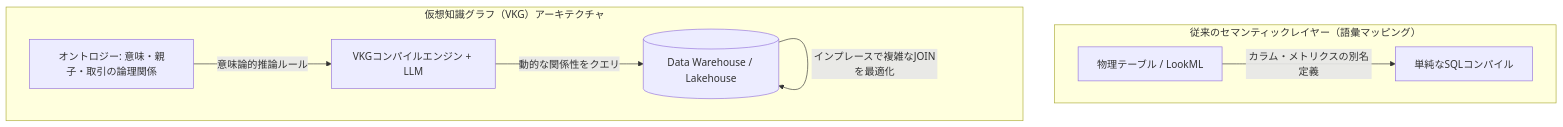
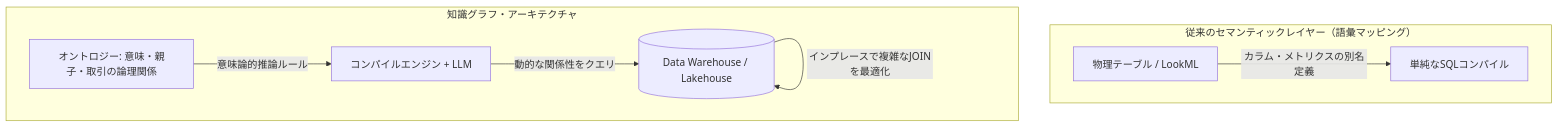
One commit to yohei1126/zenn changed the diagram in articles/2026-05-30-vkg-strategy2.md. Above: the diagram before and after it, drawn with Mermaid. The commit also changed other lines of this file, not shown here.

Commit message:
docs: replace general VKG terminology with Knowledge Graph as requested

````diff
--- a/articles/2026-05-30-vkg-strategy2.md
+++ b/articles/2026-05-30-vkg-strategy2.md
@@ -106,12 +106,12 @@
 ```mermaid
 graph TD
     subgraph 従来のセマンティックレイヤー ["従来のセマンティックレイヤー（語彙マッピング）"]
         V["物理テーブル / LookML"] -->|カラム・メトリクスの別名定義| SQL["単純なSQLコンパイル"]
     end
 
-    subgraph 知識表現と推論_VKG ["仮想知識グラフ（VKG）アーキテクチャ"]
-        O["オントロジー: 意味・親子・取引の論理関係"] -->|意味論的推論ルール| E["VKGコンパイルエンジン + LLM"]
+    subgraph 知識表現と推論_VKG ["知識グラフ・アーキテクチャ"]
+        O["オントロジー: 意味・親子・取引の論理関係"] -->|意味論的推論ルール| E["コンパイルエンジン + LLM"]
         E -->|動的な関係性をクエリ| DWH[("Data Warehouse / Lakehouse")]
         DWH -->|インプレースで複雑なJOINを最適化| DWH
     end
 ```
````
